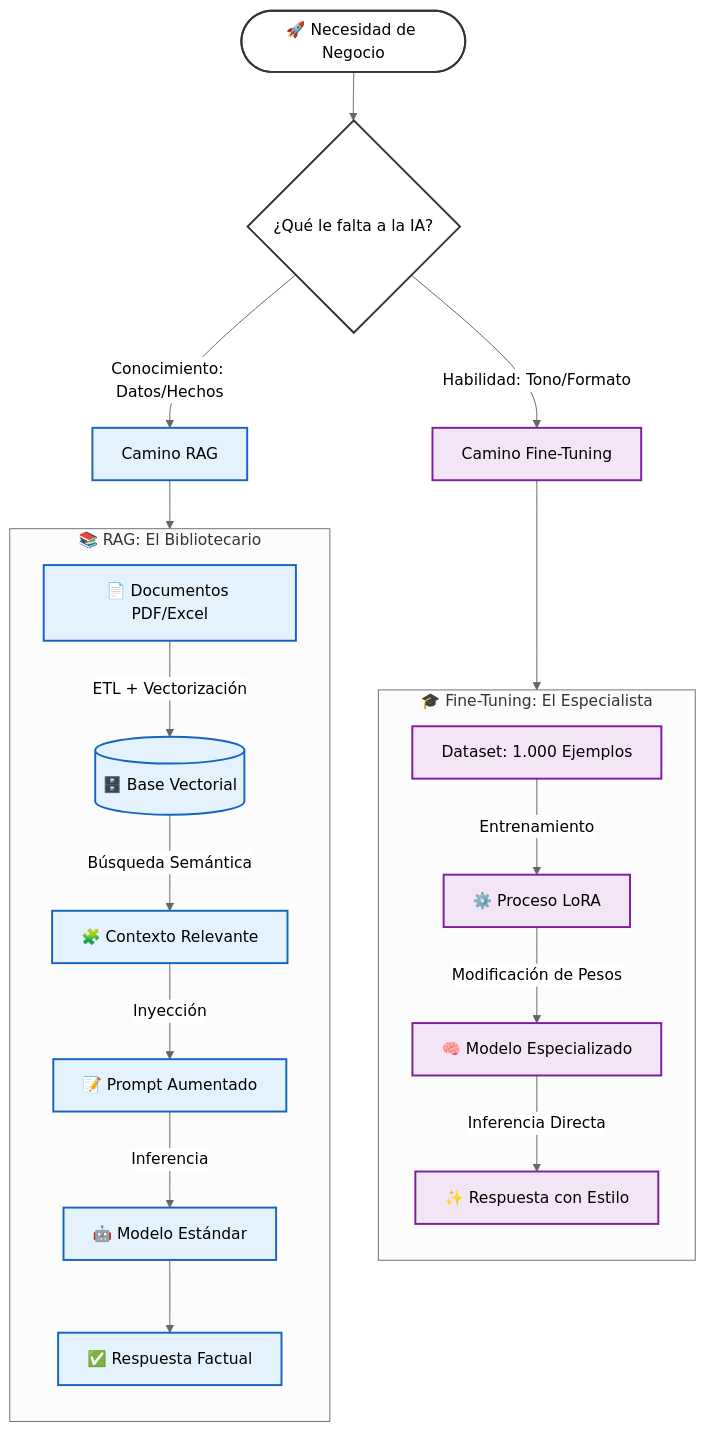
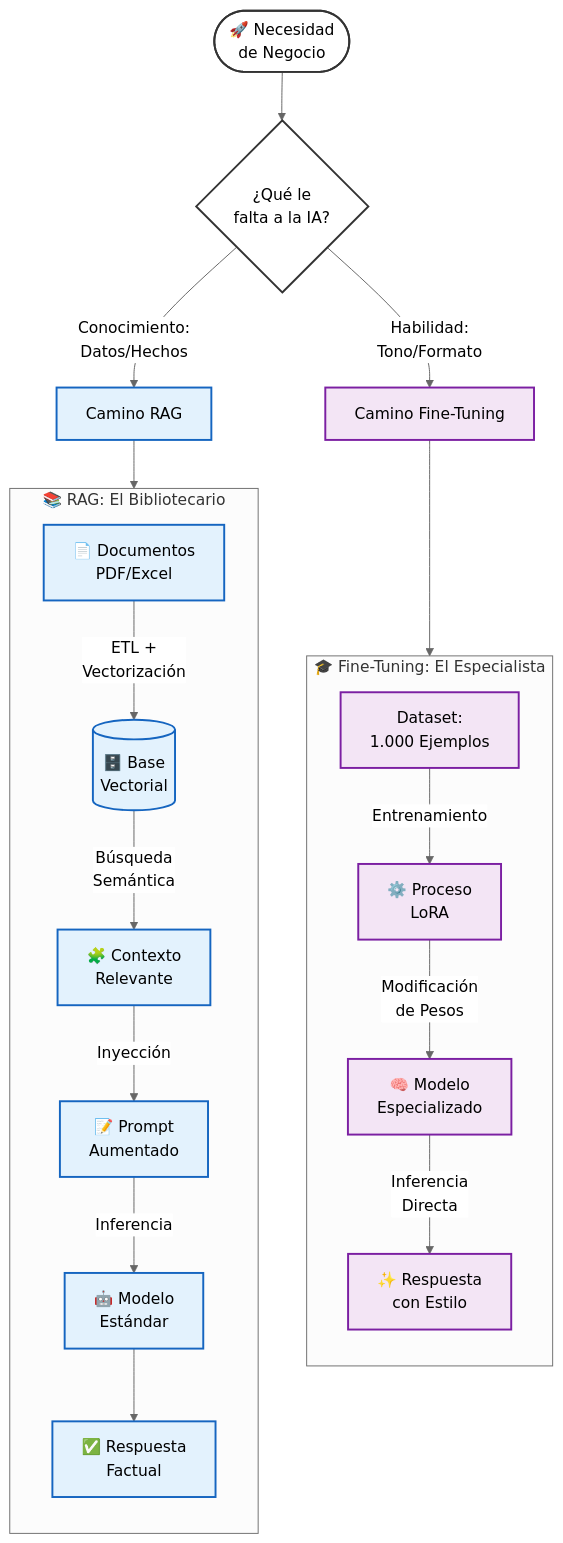
The diagram in docs/guias/07-Fine-Tuning.md (jccarvajal/Arquitectura-IA), drawn with Mermaid (neutral theme) before and after one commit.

````diff
--- a/docs/guias/07-Fine-Tuning.md
+++ b/docs/guias/07-Fine-Tuning.md
@@ -24,43 +24,42 @@
 ```mermaid
 graph TD
-    %% ESTILOS (Alto Contraste: Fondo claro, Texto negro)
+    %% ESTILOS
     classDef base fill:#ffffff,stroke:#333,stroke-width:2px,color:#000;
     classDef blue fill:#e3f2fd,stroke:#1565c0,stroke-width:2px,color:#000;
     classDef purple fill:#f3e5f5,stroke:#7b1fa2,stroke-width:2px,color:#000;
 
-    %% 1. EL PROBLEMA
-    Start([🚀 Necesidad de Negocio]) --> Decision{¿Qué le falta a la IA?}
+    %% 1. EL PROBLEMA (Texto Compactado)
+    Start([🚀 Necesidad<br/>de Negocio]) --> Decision{¿Qué le<br/>falta a la IA?}
     class Start,Decision base;
 
-    %% 2. RAMIFICACIÓN
-    Decision -->|Conocimiento: Datos/Hechos| NodeRAG[Camino RAG]
-    Decision -->|Habilidad: Tono/Formato| NodeFT[Camino Fine-Tuning]
+    %% 2. RAMIFICACIÓN (Texto Compactado)
+    Decision -->|Conocimiento:<br/>Datos/Hechos| NodeRAG[Camino RAG]
+    Decision -->|Habilidad:<br/>Tono/Formato| NodeFT[Camino Fine-Tuning]
     class NodeRAG blue;
     class NodeFT purple;
 
-    %% 3. ARQUITECTURA RAG (Columna Izquierda)
+    %% 3. ARQUITECTURA RAG
     subgraph RAG_BOX [📚 RAG: El Bibliotecario]
         direction TB
-        Doc[📄 Documentos PDF/Excel] -->|ETL + Vectorización| DB[(🗄️ Base Vectorial)]
-        DB -->|Búsqueda Semántica| Context[🧩 Contexto Relevante]
-        Context -->|Inyección| Prompt[📝 Prompt Aumentado]
-        Prompt -->|Inferencia| Model1[🤖 Modelo Estándar]
-        Model1 --> Res1[✅ Respuesta Factual]
+        Doc[📄 Documentos<br/>PDF/Excel] -->|ETL +<br/>Vectorización| DB[(🗄️ Base<br/>Vectorial)]
+        DB -->|Búsqueda<br/>Semántica| Context[🧩 Contexto<br/>Relevante]
+        Context -->|Inyección| Prompt[📝 Prompt<br/>Aumentado]
+        Prompt -->|Inferencia| Model1[🤖 Modelo<br/>Estándar]
+        Model1 --> Res1[✅ Respuesta<br/>Factual]
     end
 
-    %% 4. ARQUITECTURA FINE-TUNING (Columna Derecha)
+    %% 4. ARQUITECTURA FINE-TUNING
     subgraph FT_BOX [🎓 Fine-Tuning: El Especialista]
         direction TB
-        Data[Dataset: 1.000 Ejemplos] -->|Entrenamiento| Train[⚙️ Proceso LoRA]
-        Train -->|Modificación de Pesos| Model2[🧠 Modelo Especializado]
-        Model2 -->|Inferencia Directa| Res2[✨ Respuesta con Estilo]
+        Data[Dataset:<br/>1.000 Ejemplos] -->|Entrenamiento| Train[⚙️ Proceso<br/>LoRA]
+        Train -->|Modificación<br/>de Pesos| Model2[🧠 Modelo<br/>Especializado]
+        Model2 -->|Inferencia<br/>Directa| Res2[✨ Respuesta<br/>con Estilo]
     end
 
-    %% CONEXIONES FINALES
+    %% CONEXIONES
     NodeRAG --> RAG_BOX
     NodeFT --> FT_BOX
 
-    %% APLICAR ESTILOS A NODOS INTERNOS
     class Doc,DB,Context,Prompt,Model1,Res1 blue;
     class Data,Train,Model2,Res2 purple;
 ```
````
